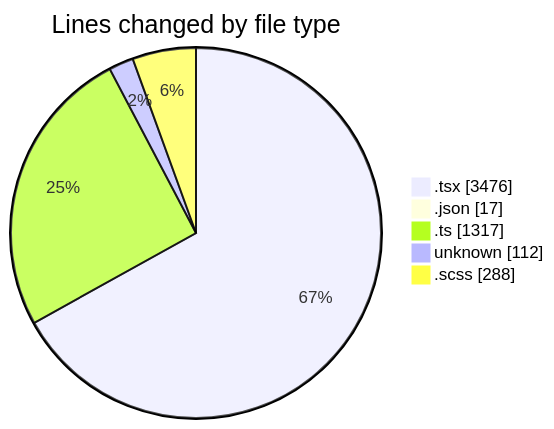
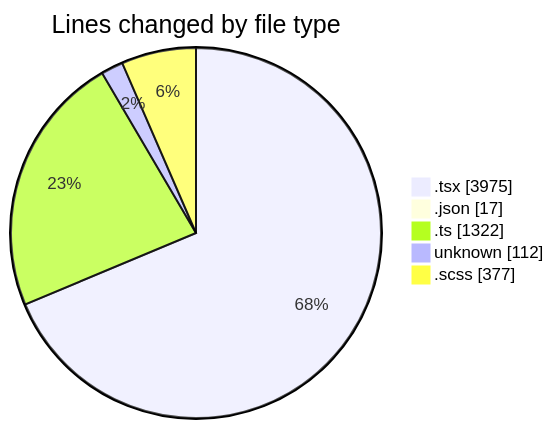
One commit to momahboobian/code-tracking changed the first of 2 diagrams in 2026-04-30/cda/README.md. Above: the diagram before and after it, drawn with Mermaid. The commit also changed other lines of this file and 1 other file, not shown here.

````diff
--- a/2026-04-30/cda/README.md
+++ b/2026-04-30/cda/README.md
@@ -62,9 +64,9 @@
 ```mermaid
 pie showData
 title Lines changed by file type
-".tsx" : 3476
+".tsx" : 3975
 ".json" : 17
-".ts" : 1317
+".ts" : 1322
 "unknown" : 112
-".scss" : 288
+".scss" : 377
 ```
````
